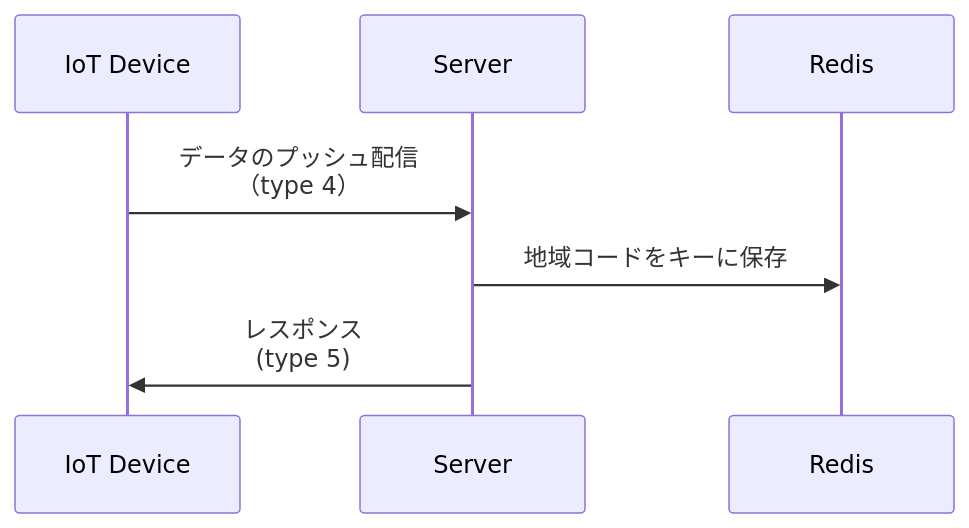
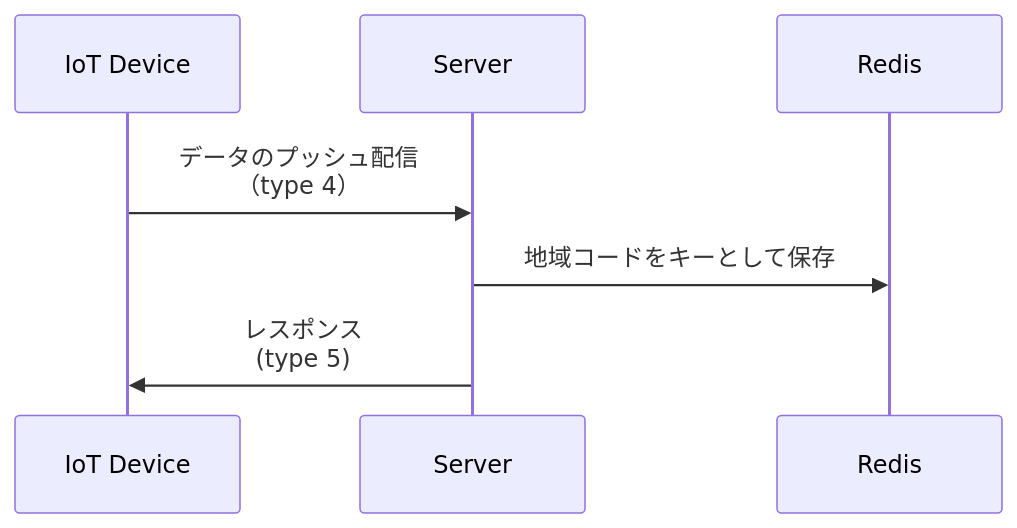
The third of 3 diagrams in WIP仕様表.md (U22-2025/WIP), drawn with Mermaid before and after one commit. The commit also changed other lines of this file and 13 other files, not shown here.

````diff
--- a/WIP仕様表.md
+++ b/WIP仕様表.md
@@ -158,9 +161,9 @@
 ```mermaid
 sequenceDiagram
     participant IoT Device
     participant Server
     
     IoT Device->>Server: データのプッシュ配信<br>（type 4）
-    Server->>Redis: 地域コードをキーに保存
+    Server->>Redis: 地域コードをキーとして保存
     Server->>IoT Device: レスポンス<br>(type 5)
 ```
````
